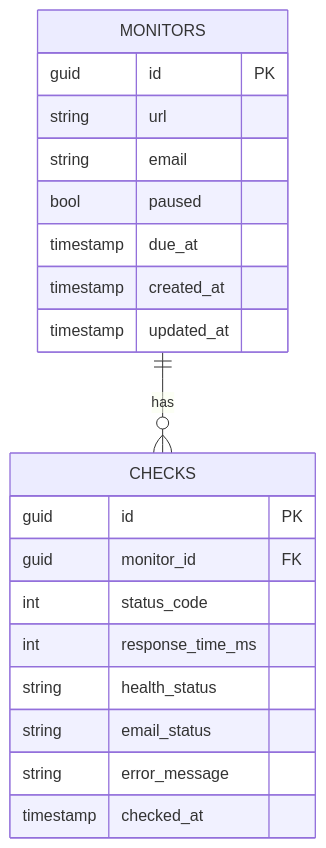
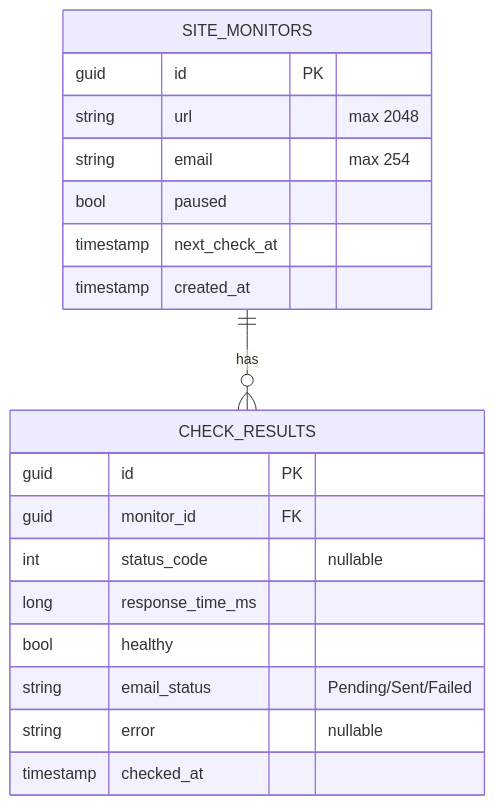
The third of 8 diagrams in SUMMARY.md (pedroaz/website-health-checker-backend), drawn with Mermaid before and after one commit. The commit also changed other lines of this file, not shown here.

First line of the commit message:
fix: correct database schema, data flow, and component responsibilities

````diff
--- a/SUMMARY.md
+++ b/SUMMARY.md
@@ -96,25 +103,24 @@
 ```mermaid
 erDiagram
-    MONITORS ||--o{ CHECKS : has
+    SITE_MONITORS ||--o{ CHECK_RESULTS : has
     
-    MONITORS {
+    SITE_MONITORS {
         guid id PK
-        string url
-        string email
+        string url "max 2048"
+        string email "max 254"
         bool paused
-        timestamp due_at
+        timestamp next_check_at
         timestamp created_at
-        timestamp updated_at
     }
     
-    CHECKS {
+    CHECK_RESULTS {
         guid id PK
         guid monitor_id FK
-        int status_code
-        int response_time_ms
-        string health_status
-        string email_status
-        string error_message
+        int status_code "nullable"
+        long response_time_ms
+        bool healthy
+        string email_status "Pending/Sent/Failed"
+        string error "nullable"
         timestamp checked_at
     }
 ```
````
